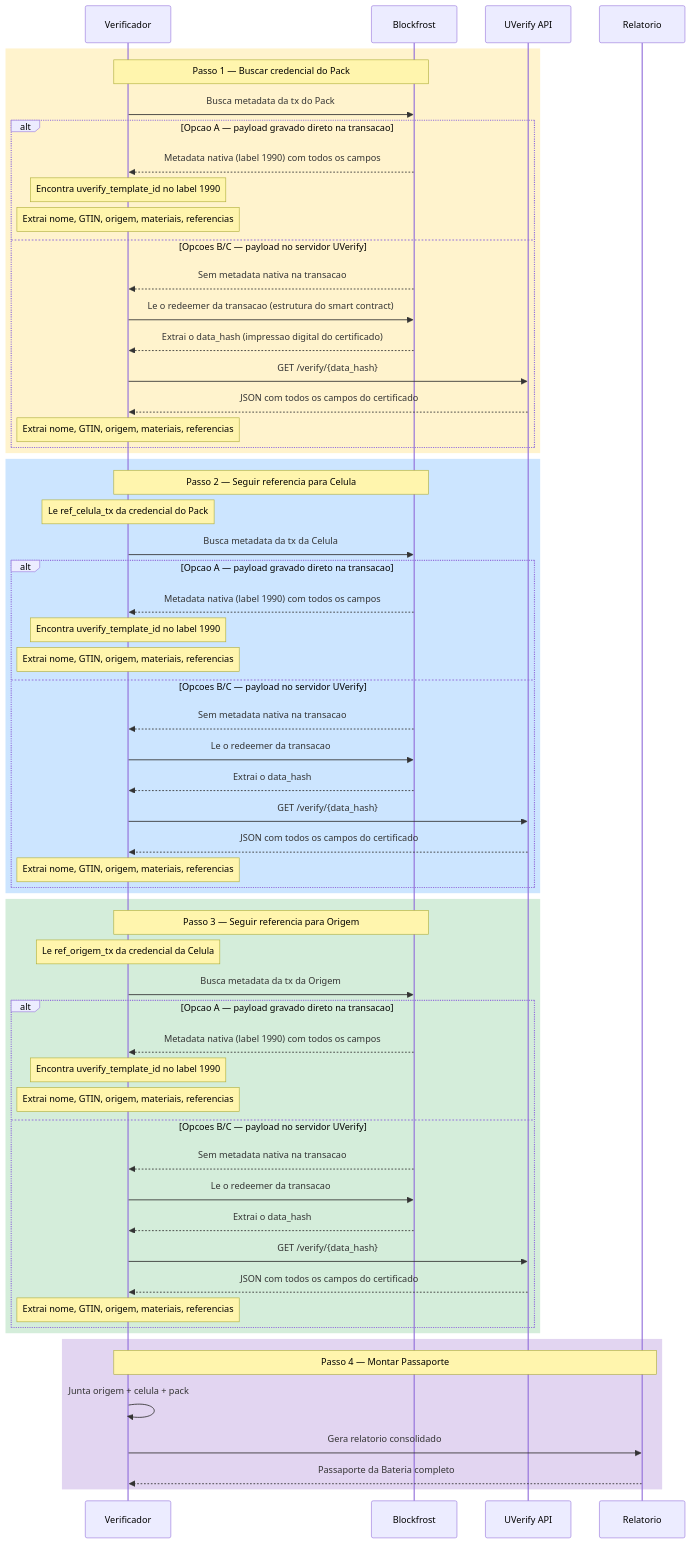
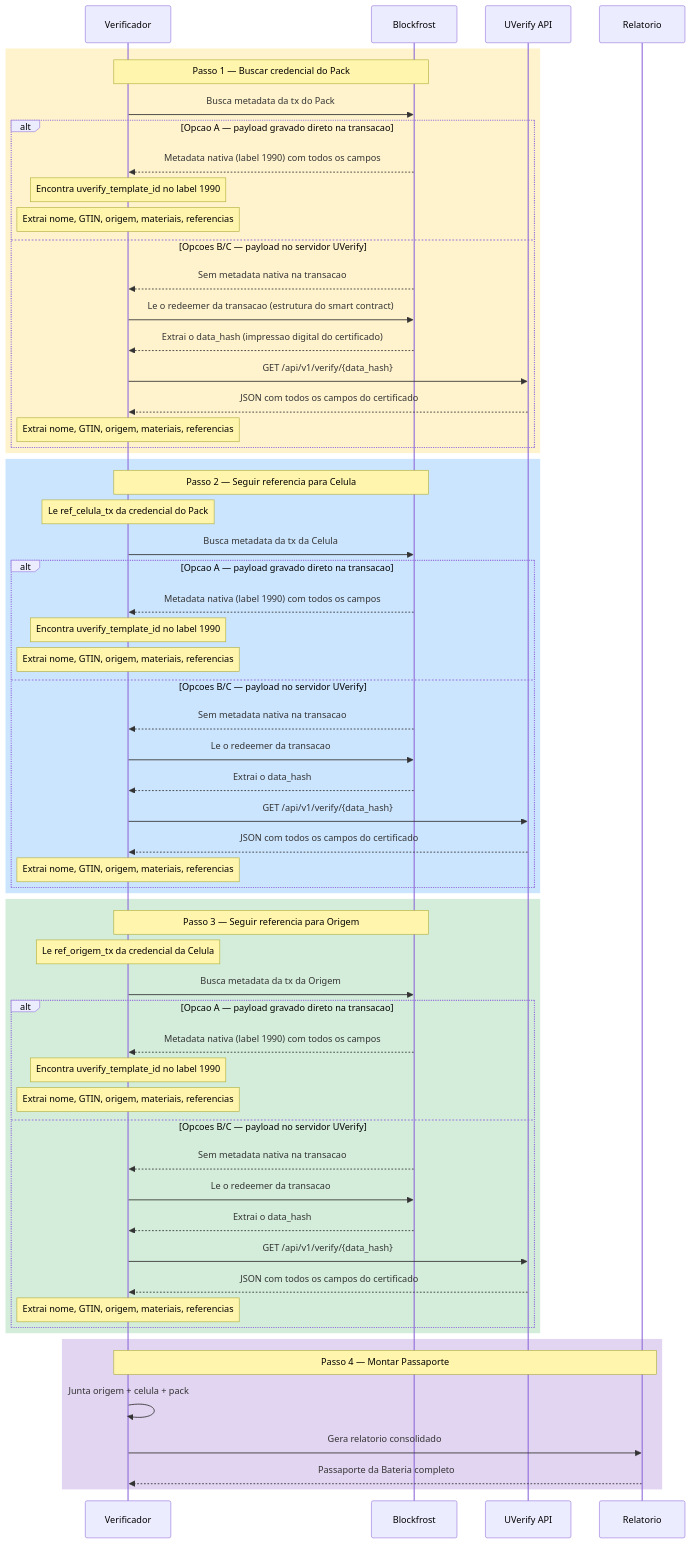
The fourth of 5 diagrams in arquitetura-dpp.md (darlisagc/cardano-battery-passport), drawn with Mermaid before and after one commit.

Commit message:
Fix UVerify API path to full /api/v1/verify/{data_hash}

````diff
--- a/arquitetura-dpp.md
+++ b/arquitetura-dpp.md
@@ -259,67 +259,67 @@
 ```mermaid
 sequenceDiagram
     participant V as Verificador
     participant BF as Blockfrost
     participant UV as UVerify API
     participant R as Relatorio
 
     rect rgb(255, 243, 205)
     Note over V,BF: Passo 1 — Buscar credencial do Pack
     V->>BF: Busca metadata da tx do Pack
     alt Opcao A — payload gravado direto na transacao
         BF-->>V: Metadata nativa (label 1990) com todos os campos
         Note over V: Encontra uverify_template_id no label 1990
         Note over V: Extrai nome, GTIN, origem, materiais, referencias
     else Opcoes B/C — payload no servidor UVerify
         BF-->>V: Sem metadata nativa na transacao
         V->>BF: Le o redeemer da transacao (estrutura do smart contract)
         BF-->>V: Extrai o data_hash (impressao digital do certificado)
-        V->>UV: GET /verify/{data_hash}
+        V->>UV: GET /api/v1/verify/{data_hash}
         UV-->>V: JSON com todos os campos do certificado
         Note over V: Extrai nome, GTIN, origem, materiais, referencias
     end
     end
 
     rect rgb(204, 229, 255)
     Note over V,BF: Passo 2 — Seguir referencia para Celula
     Note over V: Le ref_celula_tx da credencial do Pack
     V->>BF: Busca metadata da tx da Celula
     alt Opcao A — payload gravado direto na transacao
         BF-->>V: Metadata nativa (label 1990) com todos os campos
         Note over V: Encontra uverify_template_id no label 1990
         Note over V: Extrai nome, GTIN, origem, materiais, referencias
     else Opcoes B/C — payload no servidor UVerify
         BF-->>V: Sem metadata nativa na transacao
         V->>BF: Le o redeemer da transacao
         BF-->>V: Extrai o data_hash
-        V->>UV: GET /verify/{data_hash}
+        V->>UV: GET /api/v1/verify/{data_hash}
         UV-->>V: JSON com todos os campos do certificado
         Note over V: Extrai nome, GTIN, origem, materiais, referencias
     end
     end
 
     rect rgb(212, 237, 218)
     Note over V,BF: Passo 3 — Seguir referencia para Origem
     Note over V: Le ref_origem_tx da credencial da Celula
     V->>BF: Busca metadata da tx da Origem
     alt Opcao A — payload gravado direto na transacao
         BF-->>V: Metadata nativa (label 1990) com todos os campos
         Note over V: Encontra uverify_template_id no label 1990
         Note over V: Extrai nome, GTIN, origem, materiais, referencias
     else Opcoes B/C — payload no servidor UVerify
         BF-->>V: Sem metadata nativa na transacao
         V->>BF: Le o redeemer da transacao
         BF-->>V: Extrai o data_hash
-        V->>UV: GET /verify/{data_hash}
+        V->>UV: GET /api/v1/verify/{data_hash}
         UV-->>V: JSON com todos os campos do certificado
         Note over V: Extrai nome, GTIN, origem, materiais, referencias
     end
     end
 
     rect rgb(226, 213, 241)
     Note over V,R: Passo 4 — Montar Passaporte
     V->>V: Junta origem + celula + pack
     V->>R: Gera relatorio consolidado
     R-->>V: Passaporte da Bateria completo
     end
 ```
````
